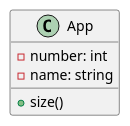
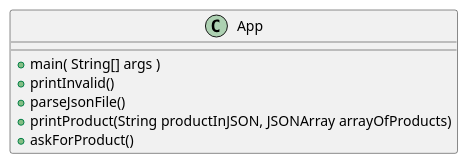
The diagram in docs/ex44.puml (Jsnoap/snoap-cop3330-assignment3), drawn with PlantUML before and after one commit. The commit also changed 7 other files, not shown here.

```diff
--- a/docs/ex44.puml
+++ b/docs/ex44.puml
@@ -1,10 +1,12 @@
 @startuml
 'https://plantuml.com/class-diagram
 
 class App {
--number: int
--name: string
-+size()
++main( String[] args )
++printInvalid()
++parseJsonFile()
++printProduct(String productInJSON, JSONArray arrayOfProducts)
++askForProduct()
 }
 
 @enduml
```
